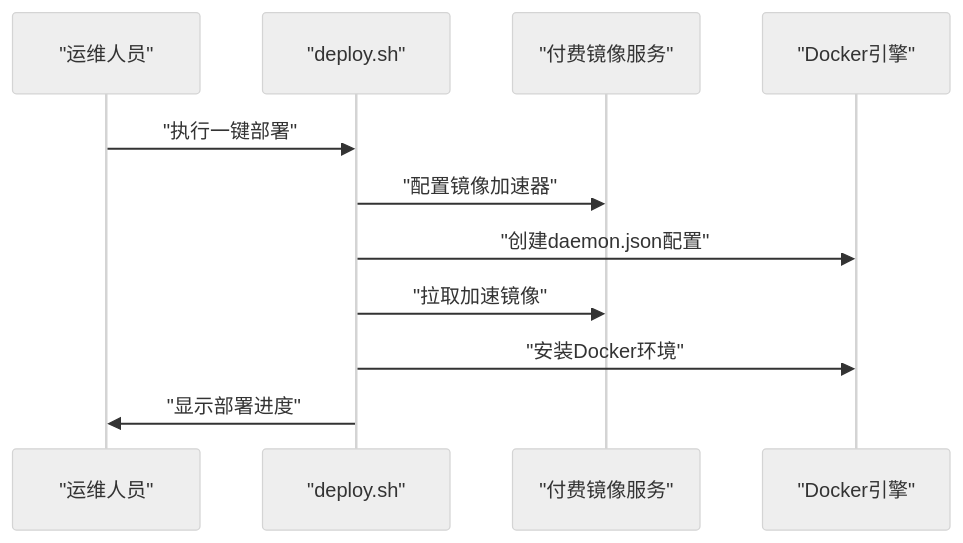
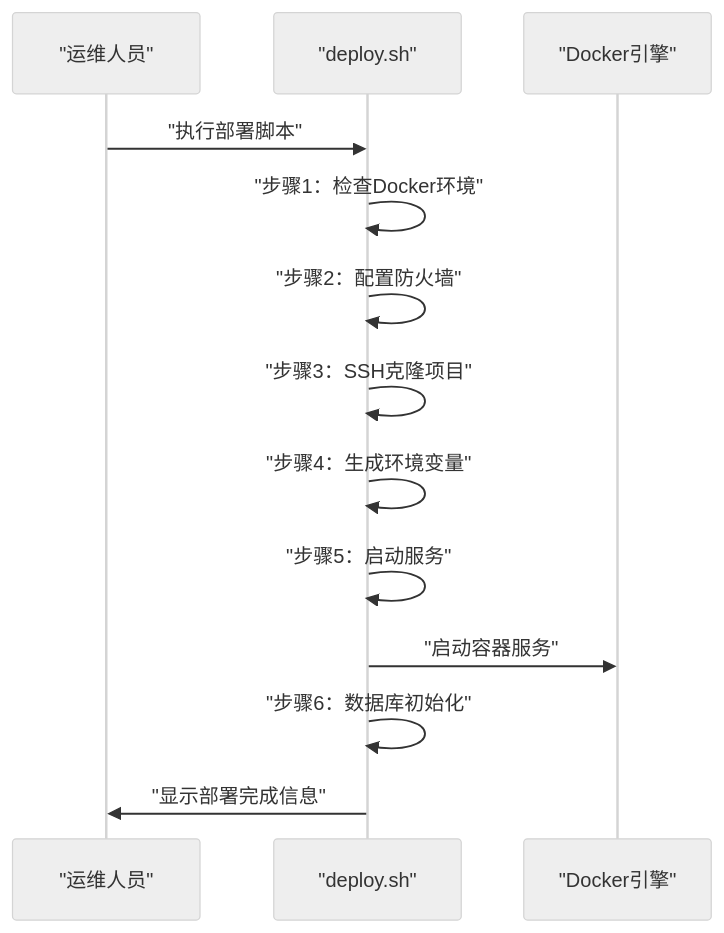
One commit to LouisFantansy/Budget_Mgt_Enterprise changed the third of 15 diagrams in .qoder/repowiki/zh/content/部署运维.md. Above: the diagram before and after it, drawn with Mermaid (neutral theme). The commit also changed other lines of this file and 4 other files, not shown here.

````diff
--- a/.qoder/repowiki/zh/content/部署运维.md
+++ b/.qoder/repowiki/zh/content/部署运维.md
@@ -156,13 +150,15 @@
 ```mermaid
 sequenceDiagram
 participant User as "运维人员"
 participant Script as "deploy.sh"
-participant Mirror as "付费镜像服务"
 participant Docker as "Docker引擎"
-User->>Script : "执行一键部署"
-Script->>Mirror : "配置镜像加速器"
-Script->>Docker : "创建daemon.json配置"
-Script->>Mirror : "拉取加速镜像"
-Script->>Docker : "安装Docker环境"
-Script->>User : "显示部署进度"
+User->>Script : "执行部署脚本"
+Script->>Script : "步骤1：检查Docker环境"
+Script->>Script : "步骤2：配置防火墙"
+Script->>Script : "步骤3：SSH克隆项目"
+Script->>Script : "步骤4：生成环境变量"
+Script->>Script : "步骤5：启动服务"
+Script->>Docker : "启动容器服务"
+Script->>Script : "步骤6：数据库初始化"
+Script->>User : "显示部署完成信息"
 ```
````
